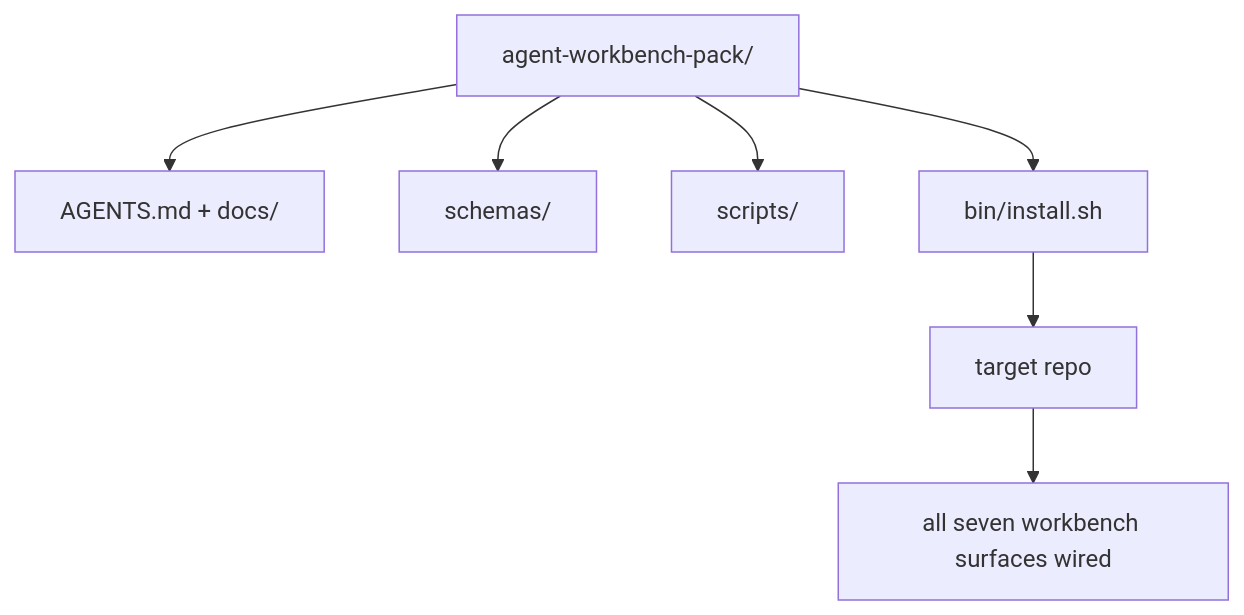
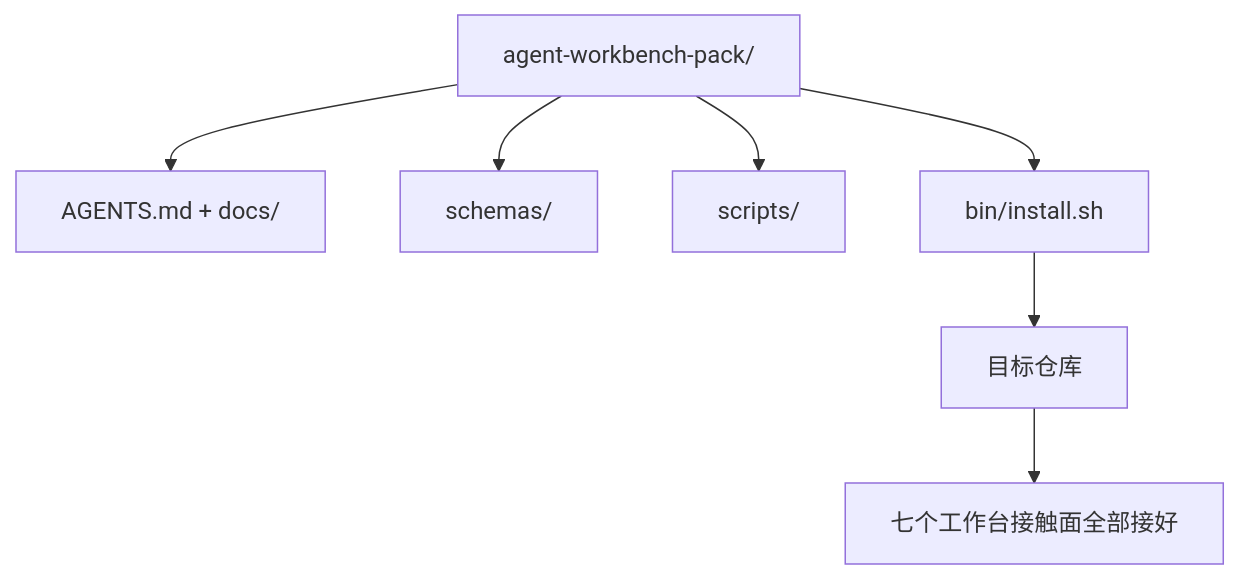
The diagram in phases/14-agent-engineering/42-agent-workbench-capstone/docs/zh.md (alessandrodinisio-ai/ai-engineering-learning-framework), drawn with Mermaid before and after one commit. The commit also changed 120 other files, not shown here.

First line of the commit message:
i18n(mermaid): 337 个 mermaid 图表标签中文化

````diff
--- a/phases/14-agent-engineering/42-agent-workbench-capstone/docs/zh.md
+++ b/phases/14-agent-engineering/42-agent-workbench-capstone/docs/zh.md
@@ -25,9 +25,9 @@
 ```mermaid
 flowchart TD
   Pack[agent-workbench-pack/] --> Docs[AGENTS.md + docs/]
   Pack --> Schemas[schemas/]
   Pack --> Scripts[scripts/]
   Pack --> Bin[bin/install.sh]
-  Bin --> Repo[target repo]
-  Repo --> Surfaces[all seven workbench surfaces wired]
+  Bin --> Repo[目标仓库]
+  Repo --> Surfaces[七个工作台接触面全部接好]
 ```
````
